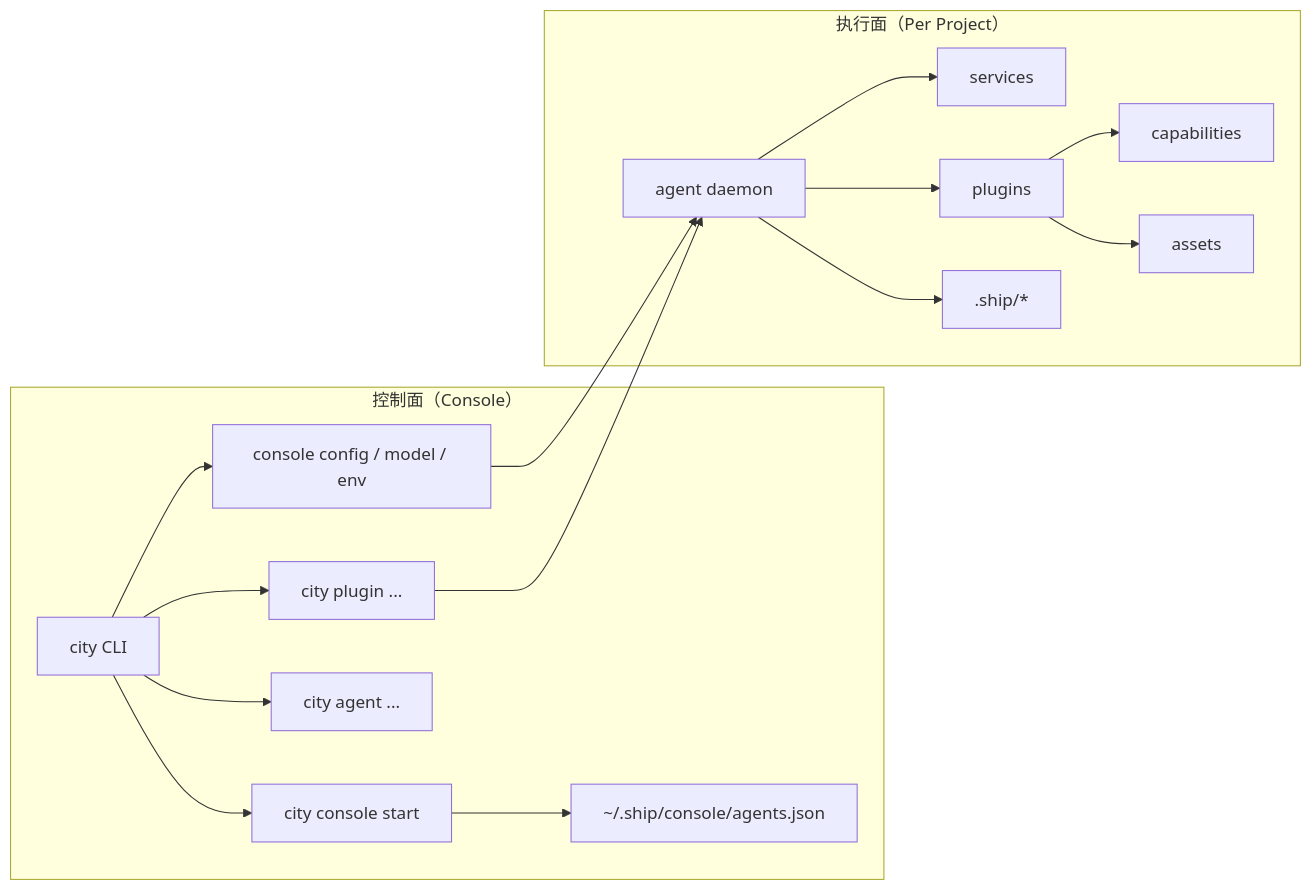
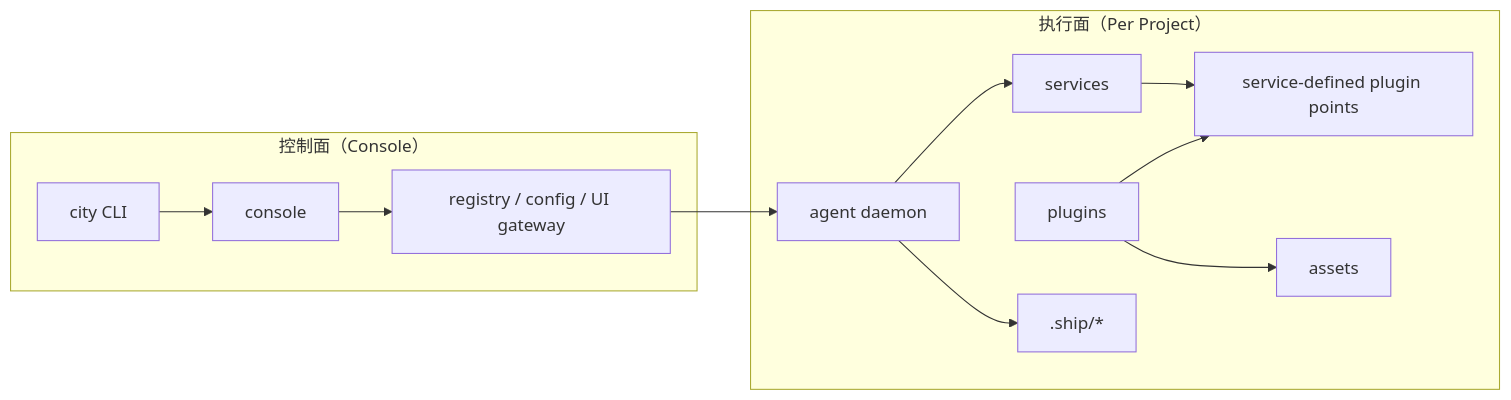
Before and after one commit to wangenius/downcity: the first of 2 diagrams in homepage/content/docs/zh/concepts/logic-map.mdx, drawn with Mermaid. The commit also changed other lines of this file and 168 other files, not shown here.

````diff
--- a/homepage/content/docs/zh/concepts/logic-map.mdx
+++ b/homepage/content/docs/zh/concepts/logic-map.mdx
@@ -23,21 +22,17 @@
 ```mermaid
 flowchart LR
   subgraph CP["控制面（Console）"]
-    CLI["city CLI"] --> CONSOLE["city console start"]
-    CLI --> CFG["console config / model / env"]
-    CLI --> AGENTOPS["city agent ..."]
-    CLI --> PLUGINOPS["city plugin ..."]
-    CONSOLE --> REG["~/.ship/console/agents.json"]
+    CLI["city CLI"] --> CONSOLE["console"]
+    CONSOLE --> REG["registry / config / UI gateway"]
   end
 
   subgraph DP["执行面（Per Project）"]
     AGENT["agent daemon"] --> SERVICES["services"]
-    AGENT --> PLUGINS["plugins"]
-    PLUGINS --> CAPS["capabilities"]
+    SERVICES --> POINTS["service-defined plugin points"]
+    PLUGINS["plugins"] --> POINTS
     PLUGINS --> ASSETS["assets"]
     AGENT --> SHIP[".ship/*"]
   end
 
-  CFG --> AGENT
-  PLUGINOPS --> AGENT
+  REG --> AGENT
 ```
````
